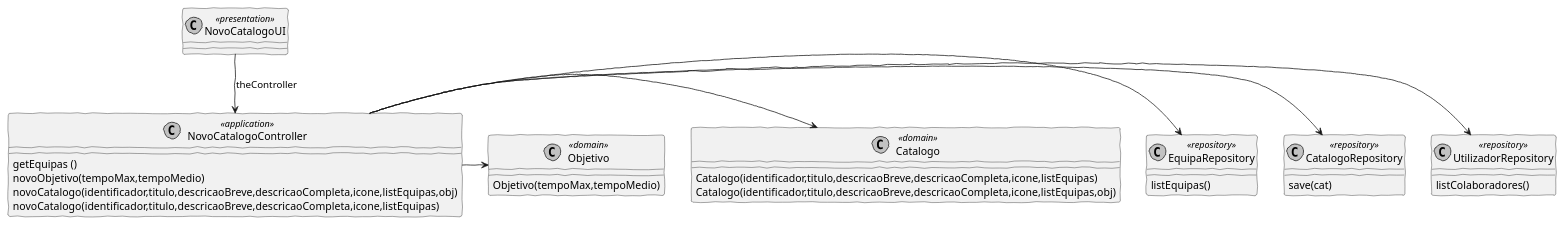
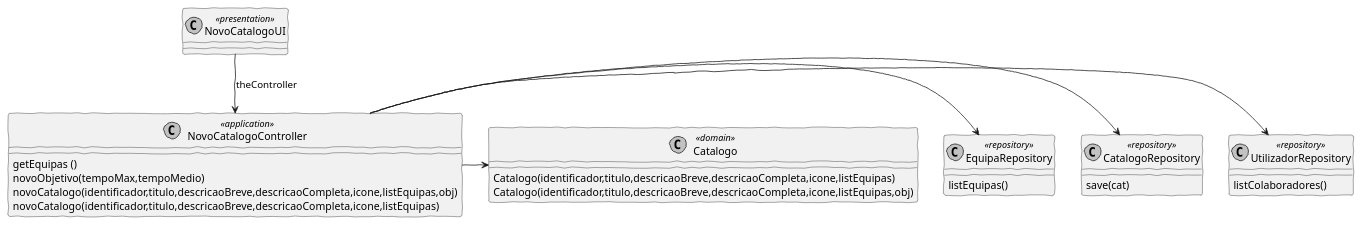
Before and after one commit to pedrolemos4/LAPR4: the diagram in docs/US2001/CD.puml, drawn with PlantUML. The commit also changed 3 other files, not shown here.

```diff
--- a/docs/US2001/CD.puml
+++ b/docs/US2001/CD.puml
@@ -1,42 +1,38 @@
 @startuml
 'http://plantuml.com/skinparam.html
 skinparam handwritten true
 skinparam monochrome true
 skinparam packageStyle rect
 skinparam defaultFontName FG Virgil
 skinparam shadowing false
 
 class NovoCatalogoUI <<presentation>>
 class NovoCatalogoController <<application>>
 class Catalogo <<domain>>
-class Objetivo <<domain>>
 class CatalogoRepository <<repository>>
 class UtilizadorRepository <<repository>>
 class EquipaRepository <<repository>>
 
 
 NovoCatalogoUI --> NovoCatalogoController : theController
 
 NovoCatalogoController -> UtilizadorRepository
 NovoCatalogoController -> CatalogoRepository
 NovoCatalogoController -> EquipaRepository
 NovoCatalogoController -> Catalogo
-NovoCatalogoController -> Objetivo
 
 NovoCatalogoController : getEquipas ()
 NovoCatalogoController : novoObjetivo(tempoMax,tempoMedio)
 NovoCatalogoController : novoCatalogo(identificador,titulo,descricaoBreve,descricaoCompleta,icone,listEquipas,obj)
 NovoCatalogoController : novoCatalogo(identificador,titulo,descricaoBreve,descricaoCompleta,icone,listEquipas)
 
 Catalogo : Catalogo(identificador,titulo,descricaoBreve,descricaoCompleta,icone,listEquipas)
 Catalogo : Catalogo(identificador,titulo,descricaoBreve,descricaoCompleta,icone,listEquipas,obj) 
 
-Objetivo : Objetivo(tempoMax,tempoMedio)
-
 CatalogoRepository : save(cat)
 
 UtilizadorRepository : listColaboradores()
 
 EquipaRepository : listEquipas()
 
 @enduml
```
